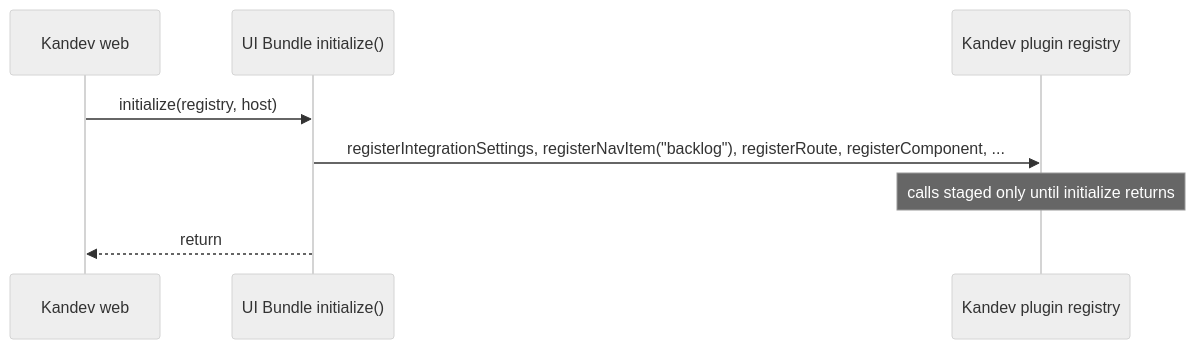
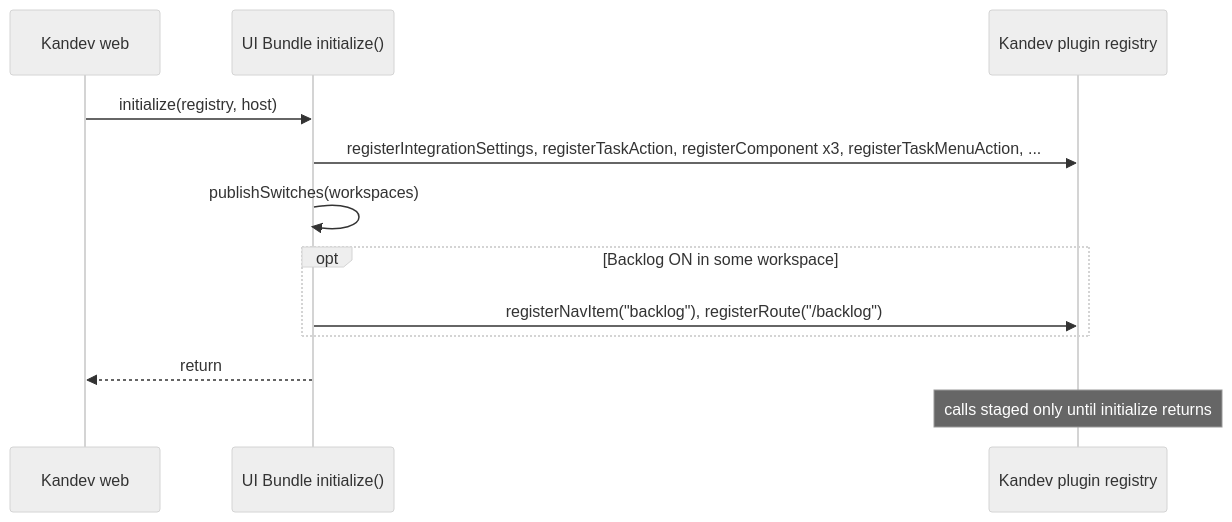
One commit to khuongdo/kandev-plugin-nulab-backlog changed the tenth of 12 diagrams in aidlc/spaces/default/codekb/kandev-plugin-nulab-backlog/architecture.md. Above: the diagram before and after it, drawn with Mermaid (neutral theme). The commit also changed other lines of this file and 57 other files, not shown here.

First line of the commit message:
Link a Backlog issue from the task, GitHub-style Link Task dialog, version 0.5.2 (#21)

````diff
--- a/aidlc/spaces/default/codekb/kandev-plugin-nulab-backlog/architecture.md
+++ b/aidlc/spaces/default/codekb/kandev-plugin-nulab-backlog/architecture.md
@@ -243,10 +319,14 @@
 ```mermaid
 sequenceDiagram
   participant KW as Kandev web
   participant IX as UI Bundle initialize()
   participant R as Kandev plugin registry
   KW->>IX: initialize(registry, host)
-  IX->>R: registerIntegrationSettings, registerNavItem("backlog"), registerRoute, registerComponent, ...
+  IX->>R: registerIntegrationSettings, registerTaskAction, registerComponent x3, registerTaskMenuAction, ...
+  IX->>IX: publishSwitches(workspaces)
+  opt Backlog ON in some workspace
+    IX->>R: registerNavItem("backlog"), registerRoute("/backlog")
+  end
+  IX-->>KW: return
   Note over R: calls staged only until initialize returns
-  IX-->>KW: return
 ```
````
